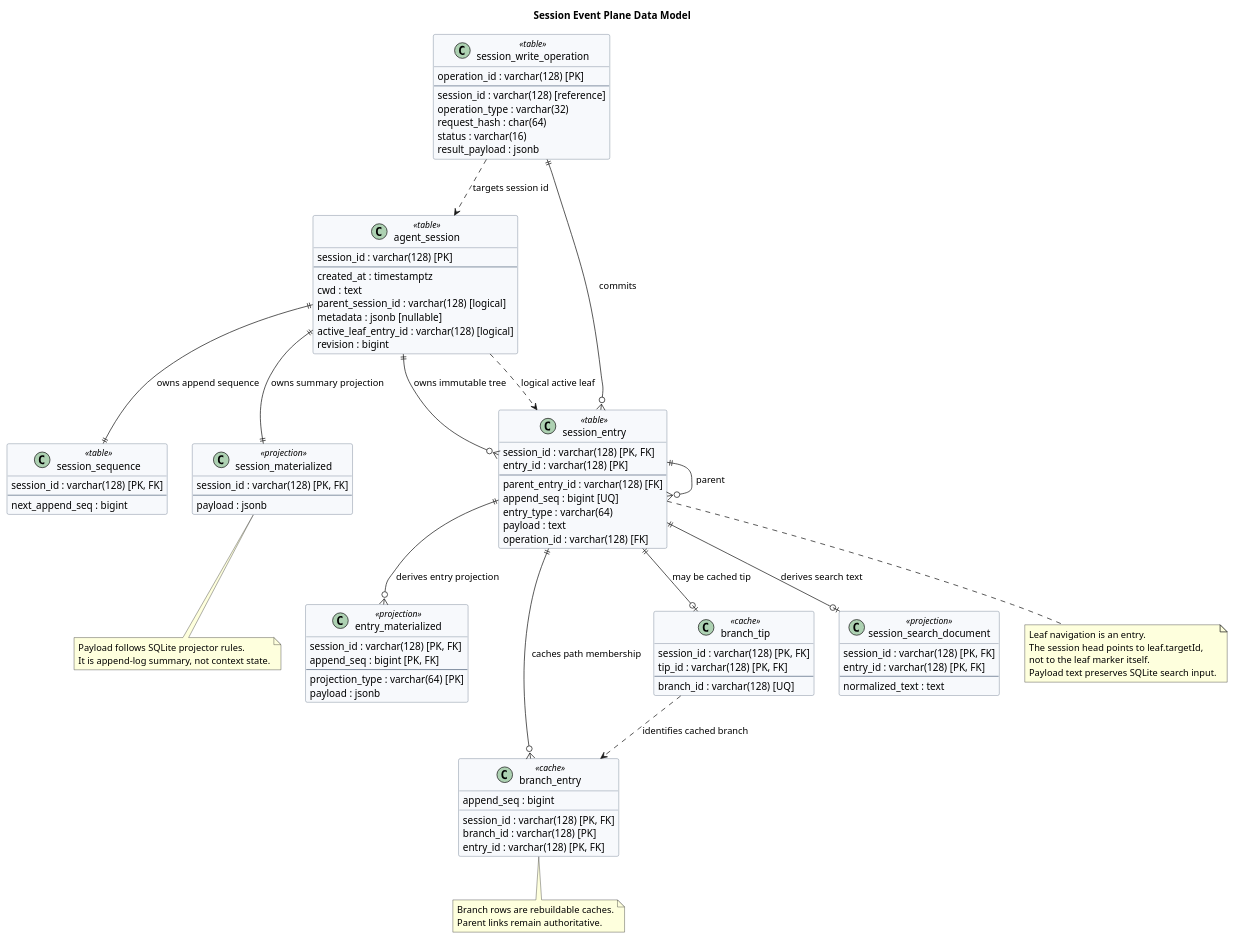
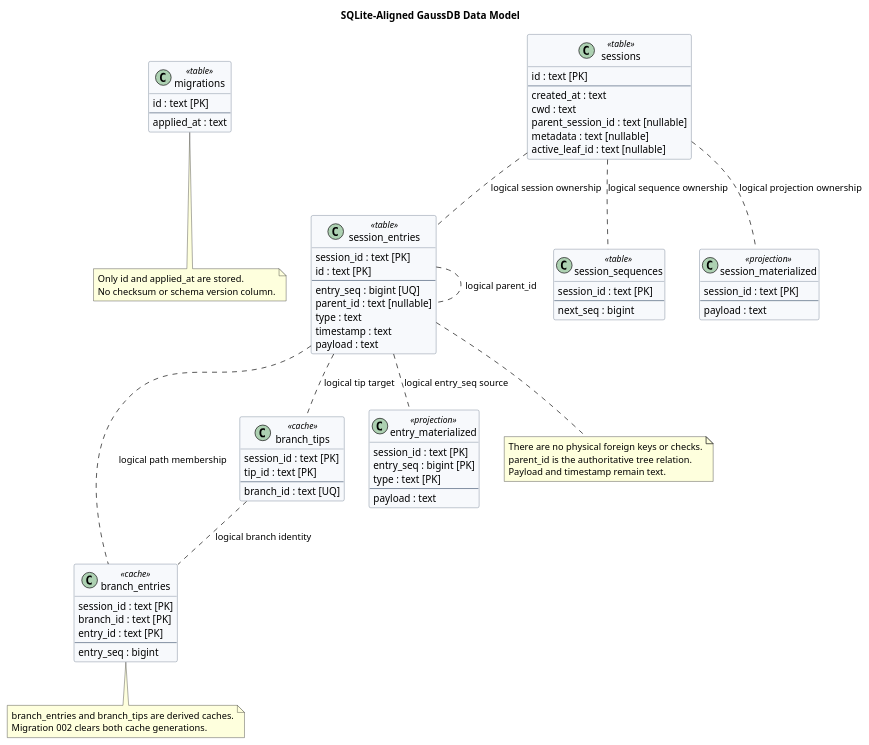
Before and after one commit to superheromeZzh/pi-mono-java-design: the third of 4 diagrams in diagrams/memory/diagram.puml, drawn with PlantUML. The commit also changed other lines of this file and 5 other files, not shown here.

Commit message:
docs(memory): match GaussDB schema to SQLite

```diff
--- a/diagrams/memory/diagram.puml
+++ b/diagrams/memory/diagram.puml
@@ -135,129 +113,108 @@
 @startuml memory-data-model
-title Session Event Plane Data Model
+title SQLite-Aligned GaussDB Data Model
 top to bottom direction
 
 skinparam backgroundColor #FFFFFF
 skinparam shadowing false
 skinparam classAttributeIconSize 0
 skinparam classBorderColor #53657D
 skinparam classBackgroundColor #F7F9FC
 
 ' Source evidence:
 ' - badlogic/pi-mono@f0deb8dd8e9611e89b5bc4145ca92c03ae6ed4ee
-' - packages/agent/src/harness/types.ts: SessionTreeEntry and SessionStorage
-' - packages/storage/sqlite-node/src/sqlite/migrations/001_initial.sql and 002_branch_tips.sql
-' - packages/storage/sqlite-node/src/sqlite/storage/index.ts: appendEntry
-' - packages/storage/sqlite-node/src/sqlite/storage/branch-cache.ts: CachedBranch and appendEntryToBranchCache
-' - packages/storage/sqlite-node/src/sqlite/search-backend.ts: ensureSearchSchema
-' Observed behavior: pi stores an immutable entry tree plus current leaf state.
-' Design reason: separate stable session headers, mutable state, facts, and projections.
-' Java divergence: foreign keys, revisions, and write operations are target-only.
-' Observed behavior: SQLite branch tables are derived caches, and canonical parent links remain authoritative.
-' Design reason: preserve SQLite branch-query behavior while allowing recursive cache repair.
-' Design reason: retain entry payload text because SQLite FTS indexes the original payload column.
-' Architecture change: a normalized search projection replaces SQLite FTS5 virtual and shadow tables.
+' - packages/storage/sqlite-node/src/sqlite/migrations.ts: ensureMigrationsTable
+' - packages/storage/sqlite-node/src/sqlite/migrations/001_initial.sql: lines 1-59
+' - packages/storage/sqlite-node/src/sqlite/migrations/002_branch_tips.sql: lines 1-12
+' Observed behavior: the final SQLite core schema has exactly eight logical tables.
+' Target adaptation: preserve names, columns, nullability, keys, and indexes.
+' Type adaptation: four sequence INTEGER columns become BIGINT; every TEXT column remains TEXT.
+' Design reason: omit SQLite WITHOUT ROWID and add no other database structure.
 
-class "agent_session" as agent_session <<table>> {
-  session_id : varchar(128) [PK]
+class "migrations" as migrations <<table>> {
+  id : text [PK]
   --
-  created_at : timestamptz
-  cwd : text
-  parent_session_id : varchar(128) [logical]
-  metadata : jsonb [nullable]
-  active_leaf_entry_id : varchar(128) [logical]
-  revision : bigint
+  applied_at : text
 }
 
-class "session_sequence" as session_sequence <<table>> {
-  session_id : varchar(128) [PK, FK]
+class "sessions" as sessions <<table>> {
+  id : text [PK]
   --
-  next_append_seq : bigint
+  created_at : text
+  cwd : text
+  parent_session_id : text [nullable]
+  metadata : text [nullable]
+  active_leaf_id : text [nullable]
+}
+
+class "session_entries" as session_entries <<table>> {
+  session_id : text [PK]
+  id : text [PK]
+  --
+  entry_seq : bigint [UQ]
+  parent_id : text [nullable]
+  type : text
+  timestamp : text
+  payload : text
+}
+
+class "session_sequences" as session_sequences <<table>> {
+  session_id : text [PK]
+  --
+  next_seq : bigint
+}
+
+class "branch_entries" as branch_entries <<cache>> {
+  session_id : text [PK]
+  branch_id : text [PK]
+  entry_id : text [PK]
+  --
+  entry_seq : bigint
+}
+
+class "branch_tips" as branch_tips <<cache>> {
+  session_id : text [PK]
+  tip_id : text [PK]
+  --
+  branch_id : text [UQ]
 }
 
 class "session_materialized" as session_materialized <<projection>> {
-  session_id : varchar(128) [PK, FK]
+  session_id : text [PK]
   --
-  payload : jsonb
-}
-
-class "session_entry" as session_entry <<table>> {
-  session_id : varchar(128) [PK, FK]
-  entry_id : varchar(128) [PK]
-  --
-  parent_entry_id : varchar(128) [FK]
-  append_seq : bigint [UQ]
-  entry_type : varchar(64)
   payload : text
-  operation_id : varchar(128) [FK]
-}
-
-class "session_write_operation" as write_operation <<table>> {
-  operation_id : varchar(128) [PK]
-  --
-  session_id : varchar(128) [reference]
-  operation_type : varchar(32)
-  request_hash : char(64)
-  status : varchar(16)
-  result_payload : jsonb
 }
 
 class "entry_materialized" as entry_materialized <<projection>> {
-  session_id : varchar(128) [PK, FK]
-  append_seq : bigint [PK, FK]
+  session_id : text [PK]
+  entry_seq : bigint [PK]
+  type : text [PK]
   --
-  projection_type : varchar(64) [PK]
-  payload : jsonb
+  payload : text
 }
 
-class "branch_entry" as branch_entry <<cache>> {
-  session_id : varchar(128) [PK, FK]
-  branch_id : varchar(128) [PK]
-  entry_id : varchar(128) [PK, FK]
-  append_seq : bigint
-}
+sessions .. session_entries : logical session ownership
+sessions .. session_sequences : logical sequence ownership
+sessions .. session_materialized : logical projection ownership
+session_entries .. session_entries : logical parent_id
+session_entries .. entry_materialized : logical entry_seq source
+session_entries .. branch_entries : logical path membership
+session_entries .. branch_tips : logical tip target
+branch_tips .. branch_entries : logical branch identity
 
-class "branch_tip" as branch_tip <<cache>> {
-  session_id : varchar(128) [PK, FK]
-  tip_id : varchar(128) [PK, FK]
-  --
-  branch_id : varchar(128) [UQ]
-}
-
-class "session_search_document" as search_document <<projection>> {
-  session_id : varchar(128) [PK, FK]
-  entry_id : varchar(128) [PK, FK]
-  --
-  normalized_text : text
-}
-
-agent_session ||--|| session_sequence : owns append sequence
-agent_session ||--|| session_materialized : owns summary projection
-agent_session ||--o{ session_entry : owns immutable tree
-write_operation ..> agent_session : targets session id
-session_entry ||--o{ session_entry : parent
-write_operation ||--o{ session_entry : commits
-session_entry ||--o{ entry_materialized : derives entry projection
-session_entry ||--o{ branch_entry : caches path membership
-session_entry ||--o| branch_tip : may be cached tip
-session_entry ||--o| search_document : derives search text
-branch_tip ..> branch_entry : identifies cached branch
-agent_session ..> session_entry : logical active leaf
-
-note bottom of session_entry
-Leaf navigation is an entry.
-The session head points to leaf.targetId,
-not to the leaf marker itself.
-Payload text preserves SQLite search input.
+note bottom of session_entries
+There are no physical foreign keys or checks.
+parent_id is the authoritative tree relation.
+Payload and timestamp remain text.
 end note
 
-note bottom of branch_entry
-Branch rows are rebuildable caches.
-Parent links remain authoritative.
+note bottom of branch_entries
+branch_entries and branch_tips are derived caches.
+Migration 002 clears both cache generations.
 end note
 
-note bottom of session_materialized
-Payload follows SQLite projector rules.
-It is append-log summary, not context state.
+note bottom of migrations
+Only id and applied_at are stored.
+No checksum or schema version column.
 end note
 
 @enduml
```
